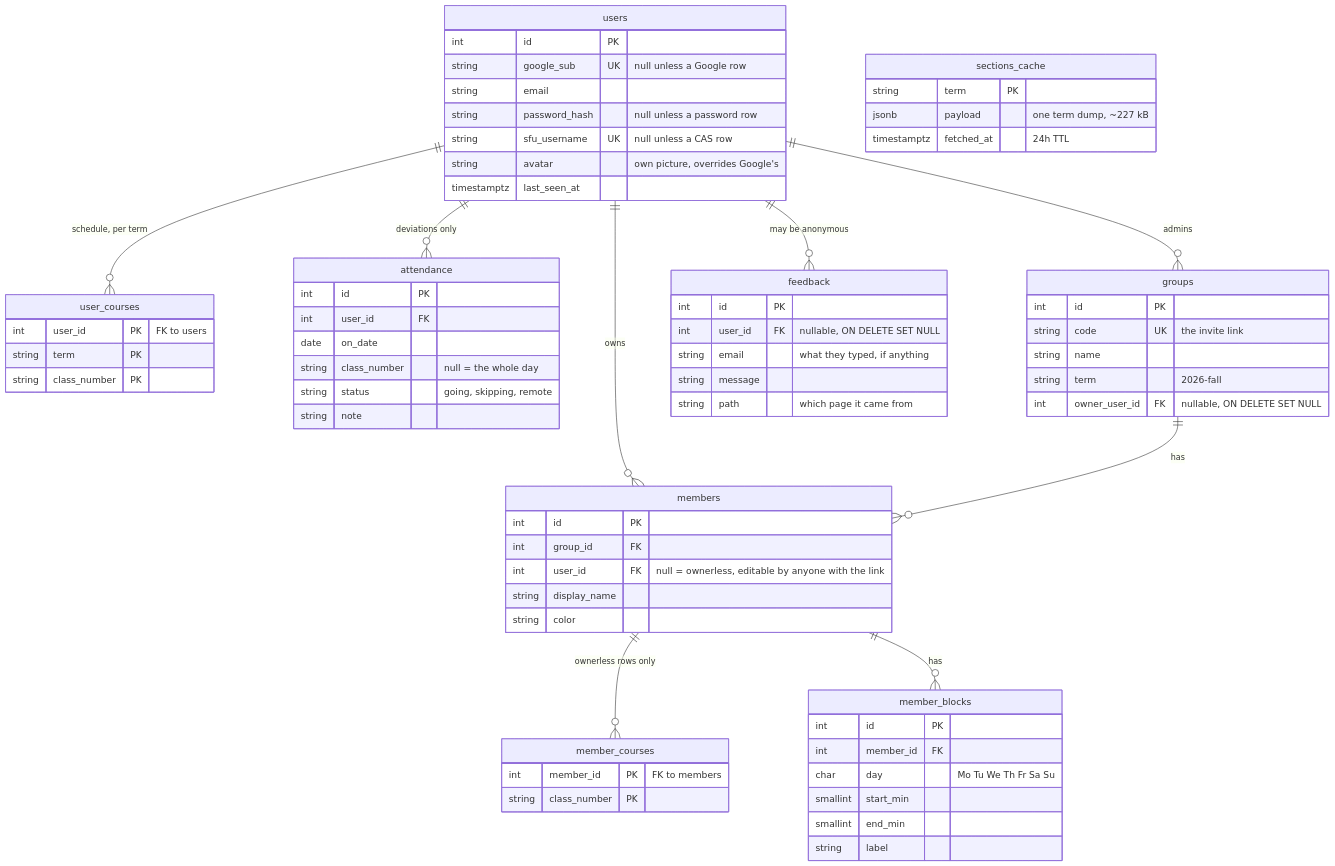
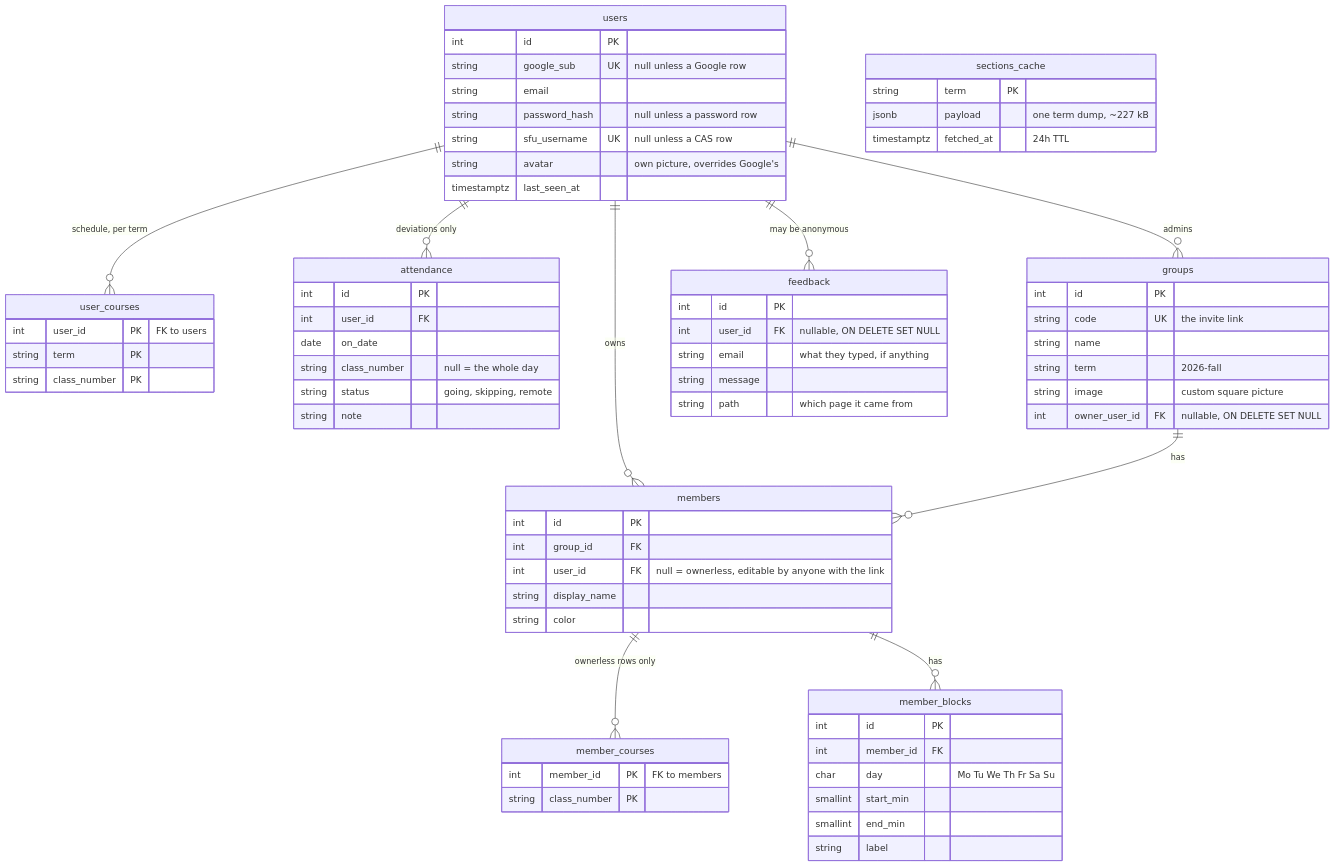
Before and after one commit to Mighty303/meet-sfucourses: the diagram in README.md, drawn with Mermaid. The commit also changed 14 other files, not shown here.

````diff
--- a/README.md
+++ b/README.md
@@ -55,72 +55,73 @@
 ```mermaid
 erDiagram
     users ||--o{ members : owns
     users ||--o{ user_courses : "schedule, per term"
     users ||--o{ attendance : "deviations only"
     users ||--o{ groups : admins
     users ||--o{ feedback : "may be anonymous"
     groups ||--o{ members : has
     members ||--o{ member_courses : "ownerless rows only"
     members ||--o{ member_blocks : has
 
     users {
         int id PK
         string google_sub UK "null unless a Google row"
         string email
         string password_hash "null unless a password row"
         string sfu_username UK "null unless a CAS row"
         string avatar "own picture, overrides Google's"
         timestamptz last_seen_at
     }
     groups {
         int id PK
         string code UK "the invite link"
         string name
         string term "2026-fall"
+        string image "custom square picture"
         int owner_user_id FK "nullable, ON DELETE SET NULL"
     }
     members {
         int id PK
         int group_id FK
         int user_id FK "null = ownerless, editable by anyone with the link"
         string display_name
         string color
     }
     user_courses {
         int user_id PK "FK to users"
         string term PK
         string class_number PK
     }
     member_courses {
         int member_id PK "FK to members"
         string class_number PK
     }
     member_blocks {
         int id PK
         int member_id FK
         char day "Mo Tu We Th Fr Sa Su"
         smallint start_min
         smallint end_min
         string label
     }
     attendance {
         int id PK
         int user_id FK
         date on_date
         string class_number "null = the whole day"
         string status "going, skipping, remote"
         string note
     }
     feedback {
         int id PK
         int user_id FK "nullable, ON DELETE SET NULL"
         string email "what they typed, if anything"
         string message
         string path "which page it came from"
     }
     sections_cache {
         string term PK
         jsonb payload "one term dump, ~227 kB"
         timestamptz fetched_at "24h TTL"
     }
 ```
````
